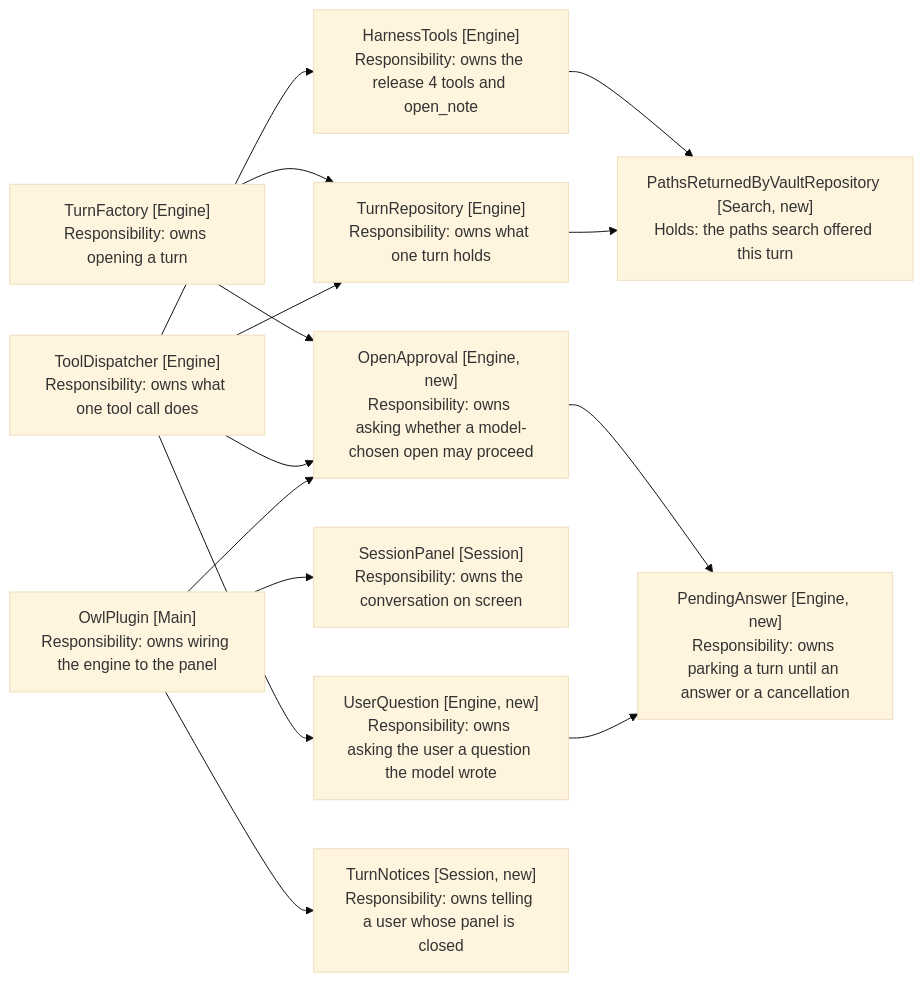
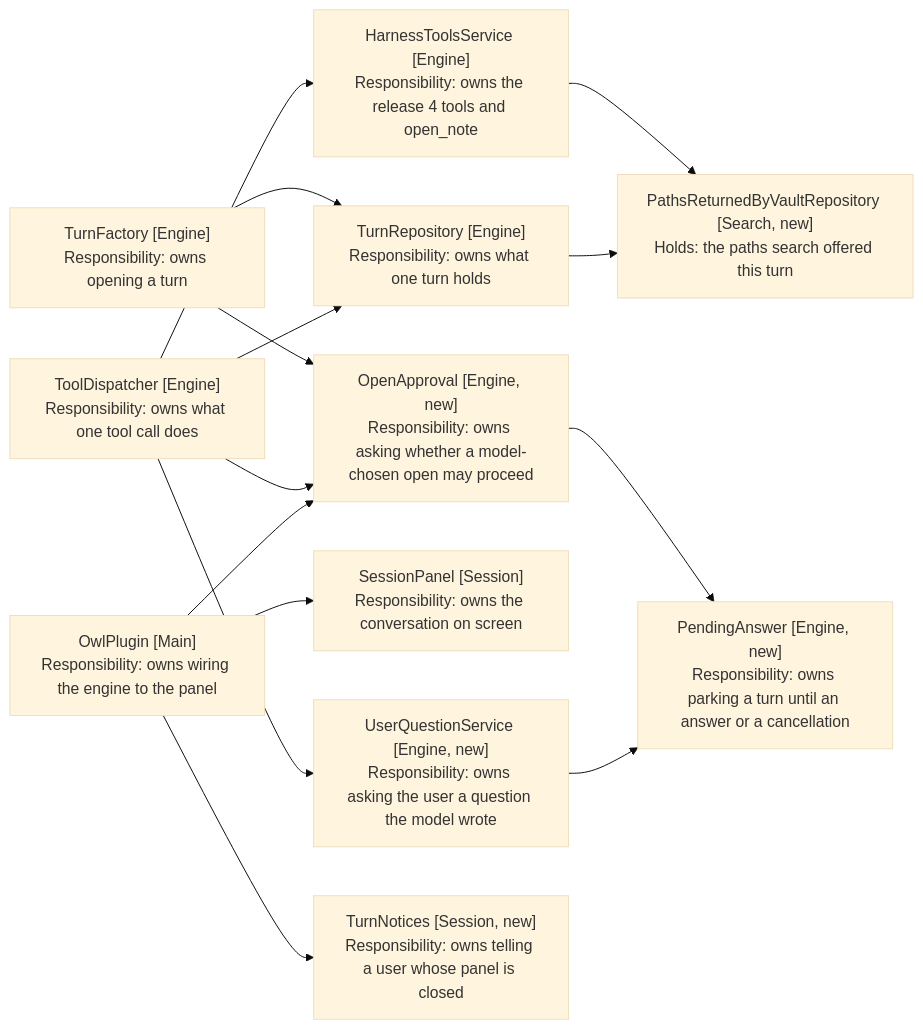
One commit to iparips/obsidian-owl changed the first of 2 diagrams in docs/spec/9-model-chosen-targets/3-component-design.md. Above: the diagram before and after it, drawn with Mermaid (base theme). The commit also changed other lines of this file and 43 other files, not shown here.

````diff
--- a/docs/spec/9-model-chosen-targets/3-component-design.md
+++ b/docs/spec/9-model-chosen-targets/3-component-design.md
@@ -100,28 +100,28 @@
 ```mermaid
 flowchart LR
     Dispatcher["ToolDispatcher [Engine]<br/>Responsibility: owns what one tool call does"]
     Approval["OpenApproval [Engine, new]<br/>Responsibility: owns asking whether a model-chosen open may proceed"]
-    Harness["HarnessTools [Engine]<br/>Responsibility: owns the release 4 tools and open_note"]
+    Harness["HarnessToolsService [Engine]<br/>Responsibility: owns the release 4 tools and open_note"]
     Seen["PathsReturnedByVaultRepository [Search, new]<br/>Holds: the paths search offered this turn"]
     Turn["TurnRepository [Engine]<br/>Responsibility: owns what one turn holds"]
     Factory["TurnFactory [Engine]<br/>Responsibility: owns opening a turn"]
     Main["OwlPlugin [Main]<br/>Responsibility: owns wiring the engine to the panel"]
     Panel["SessionPanel [Session]<br/>Responsibility: owns the conversation on screen"]
-    Question["UserQuestion [Engine, new]<br/>Responsibility: owns asking the user a question the model wrote"]
+    Question["UserQuestionService [Engine, new]<br/>Responsibility: owns asking the user a question the model wrote"]
     Pending["PendingAnswer [Engine, new]<br/>Responsibility: owns parking a turn until an answer or a cancellation"]
     Notices["TurnNotices [Session, new]<br/>Responsibility: owns telling a user whose panel is closed"]
 
     Factory --> Approval
     Factory --> Turn
     Dispatcher --> Approval
     Dispatcher --> Question
     Dispatcher --> Harness
     Dispatcher --> Turn
     Approval --> Pending
     Question --> Pending
     Harness --> Seen
     Turn --> Seen
     Main --> Approval
     Main --> Notices
     Main --> Panel
 ```
````
